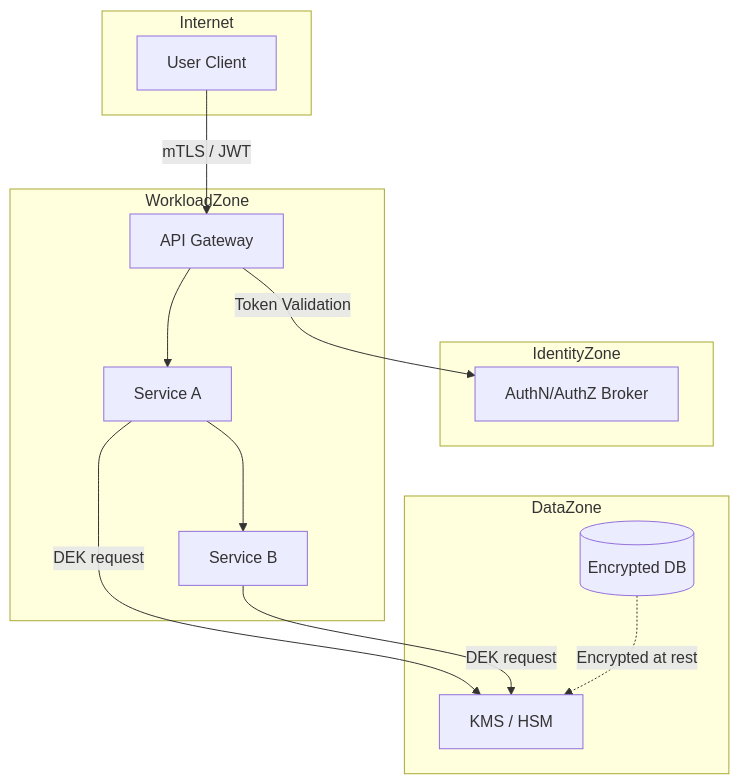
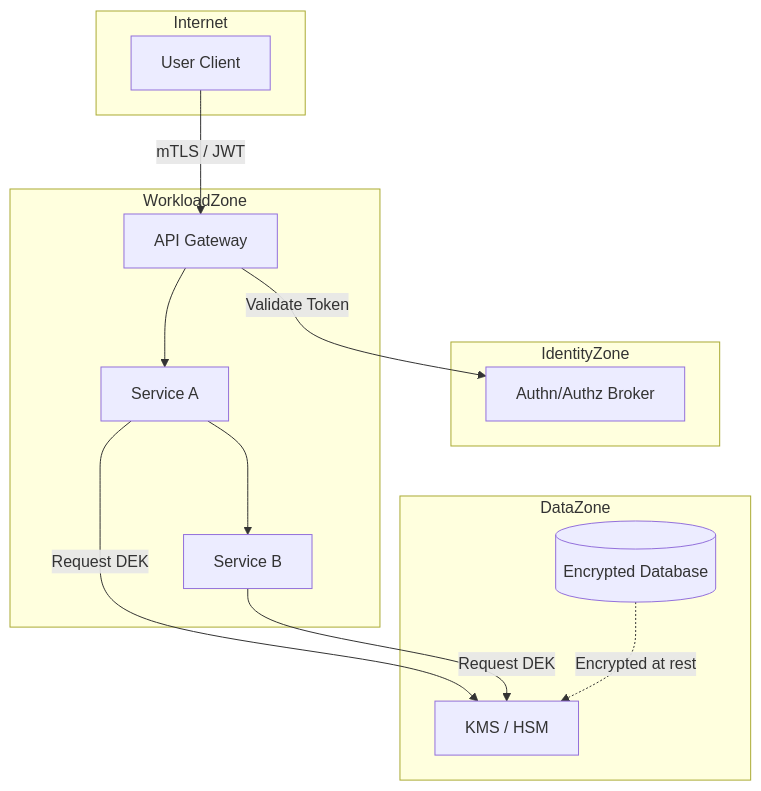
One commit to elementalsecurity/sec-arch changed the diagram in docs/10-ReferenceArchitectures/ZeroTrust/Diagram.mmd. Above: the diagram before and after it, drawn with Mermaid. The commit also changed 3 other files, not shown here.

```diff
--- a/docs/10-ReferenceArchitectures/ZeroTrust/Diagram.mmd
+++ b/docs/10-ReferenceArchitectures/ZeroTrust/Diagram.mmd
@@ -1,25 +1,25 @@
-%%{init: { 'theme': 'default' }}%%
+%%{init: {'theme': 'default'}}%%
 flowchart TB
-  subgraph Internet
-    UserClient[User Client]
-  end
-  subgraph IdentityZone
-    Auth0[AuthN/AuthZ Broker]
-  end
-  subgraph WorkloadZone
-    APIGW[API Gateway]
-    ServiceA[Service A]
-    ServiceB[Service B]
-  end
-  subgraph DataZone
-    KMS[KMS / HSM]
-    Database[(Encrypted DB)]
-  end
+    subgraph Internet
+        UserClient[User Client]
+    end
+    subgraph IdentityZone
+        AuthBroker[Authn/Authz Broker]
+    end
+    subgraph WorkloadZone
+        APIGateway[API Gateway]
+        ServiceA[Service A]
+        ServiceB[Service B]
+    end
+    subgraph DataZone
+        KMS[KMS / HSM]
+        Database[(Encrypted Database)]
+    end
 
-  UserClient -->|mTLS / JWT| APIGW
-  APIGW -->|Token Validation| Auth0
-  APIGW --> ServiceA
-  ServiceA --> ServiceB
-  ServiceA -->|DEK request| KMS
-  ServiceB -->|DEK request| KMS
-  Database -.->|Encrypted at rest| KMS
+    UserClient -->|mTLS / JWT| APIGateway
+    APIGateway -->|Validate Token| AuthBroker
+    APIGateway --> ServiceA
+    ServiceA --> ServiceB
+    ServiceA -->|Request DEK| KMS
+    ServiceB -->|Request DEK| KMS
+    Database -.->|Encrypted at rest| KMS
```
